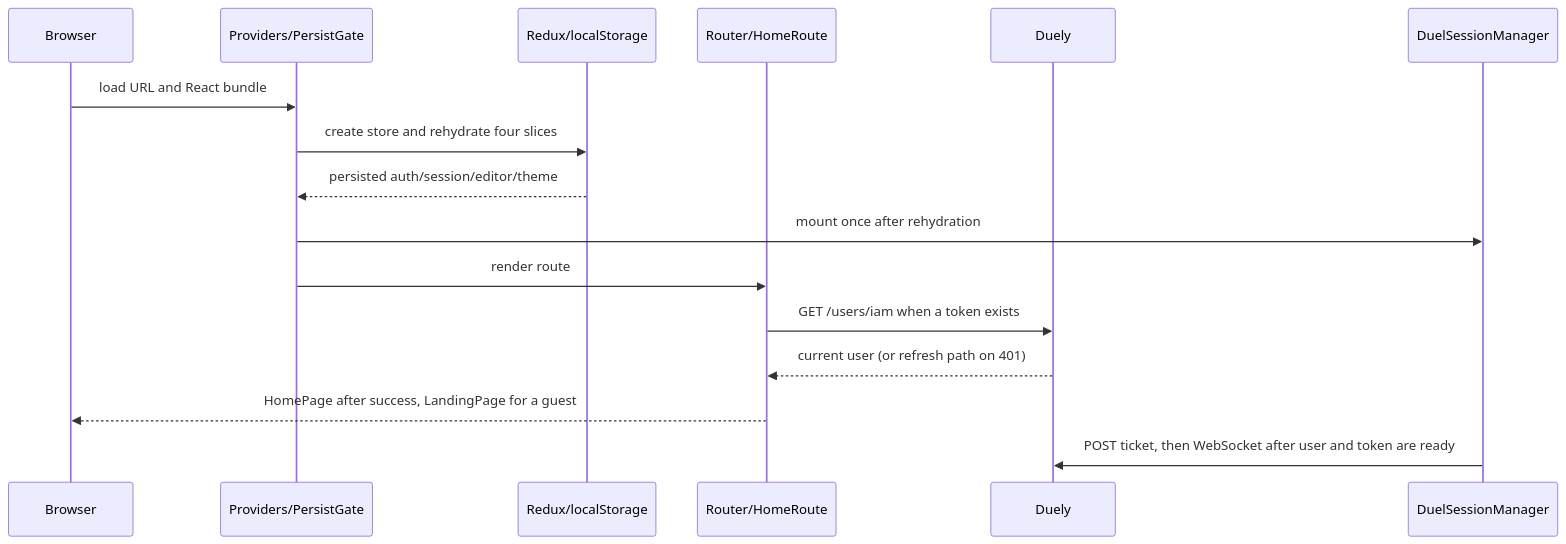
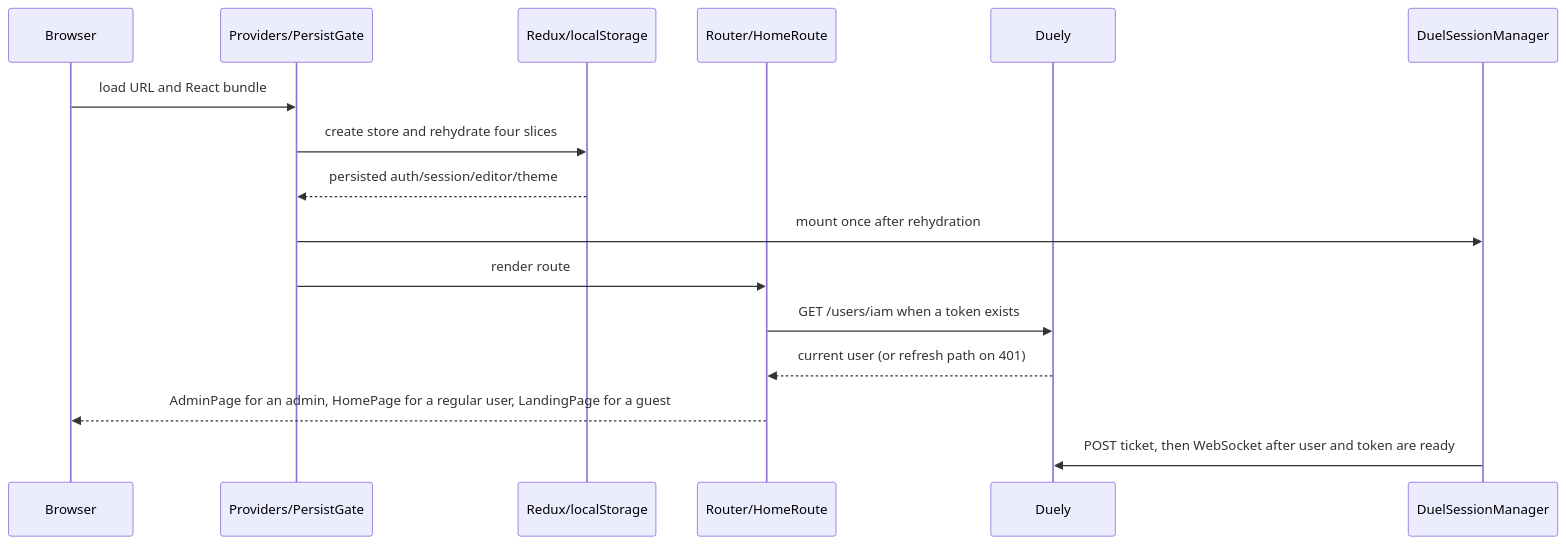
One commit to DIvanCode/CoDuels-Frontend changed the diagram in docs/processes/application-bootstrap-and-routing.md. Above: the diagram before and after it, drawn with Mermaid. The commit also changed other lines of this file and 10 other files, not shown here.

````diff
--- a/docs/processes/application-bootstrap-and-routing.md
+++ b/docs/processes/application-bootstrap-and-routing.md
@@ -61,18 +64,18 @@
 ```mermaid
 sequenceDiagram
     participant B as Browser
     participant P as Providers/PersistGate
     participant S as Redux/localStorage
     participant R as Router/HomeRoute
     participant D as Duely
     participant M as DuelSessionManager
     B->>P: load URL and React bundle
     P->>S: create store and rehydrate four slices
     S-->>P: persisted auth/session/editor/theme
     P->>M: mount once after rehydration
     P->>R: render route
     R->>D: GET /users/iam when a token exists
     D-->>R: current user (or refresh path on 401)
-    R-->>B: HomePage after success, LandingPage for a guest
+    R-->>B: AdminPage for an admin, HomePage for a regular user, LandingPage for a guest
     M->>D: POST ticket, then WebSocket after user and token are ready
 ```
````
